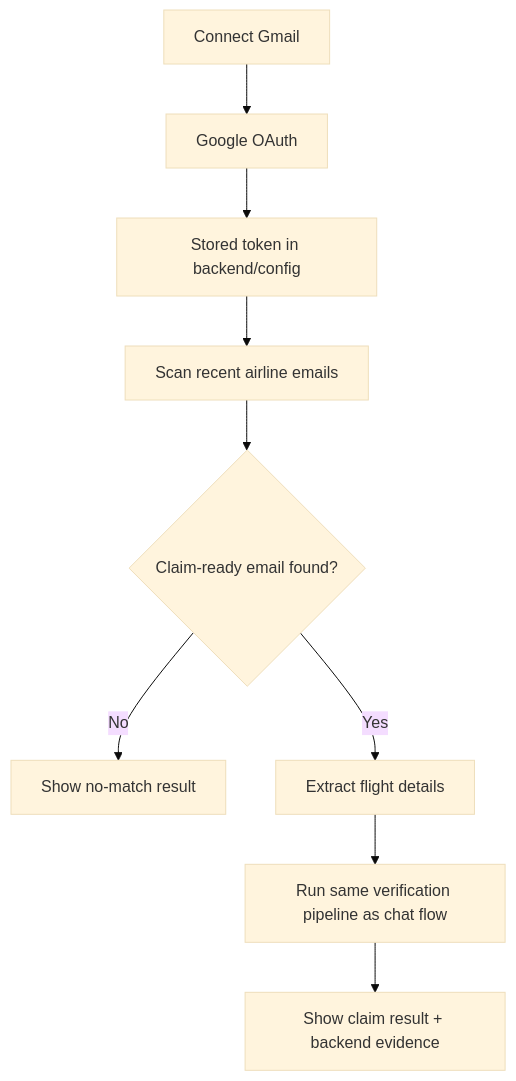
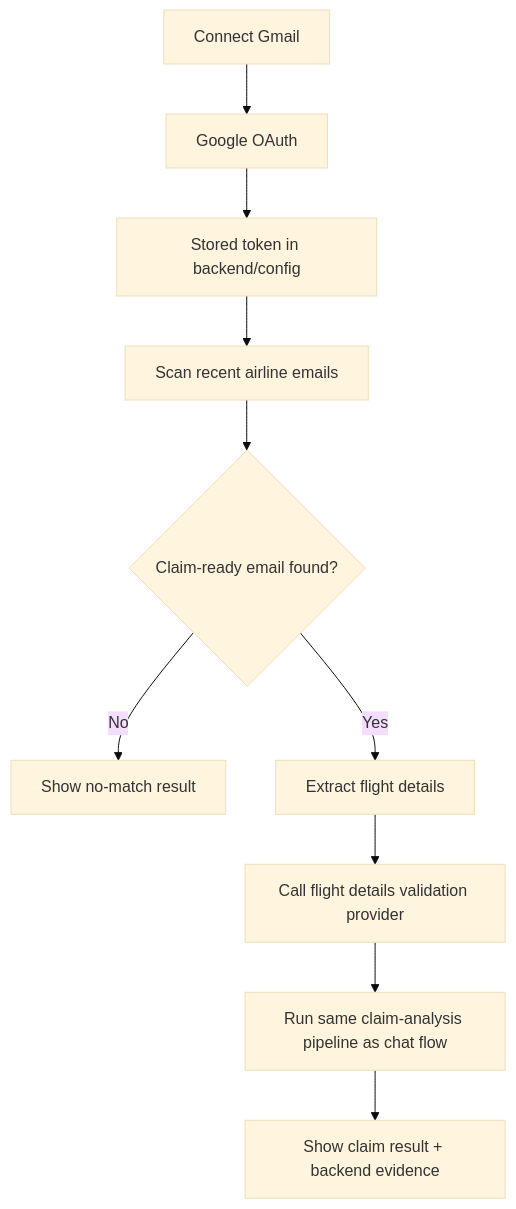
The fourth of 4 diagrams in README.md (entertainingrover01/Flight_Agent_V2), drawn with Mermaid (base theme) before and after one commit. The commit also changed other lines of this file, not shown here.

````diff
--- a/README.md
+++ b/README.md
@@ -100,11 +111,12 @@
 ```mermaid
 flowchart TD
     A["Connect Gmail"] --> B["Google OAuth"]
     B --> C["Stored token in backend/config"]
     C --> D["Scan recent airline emails"]
     D --> E{"Claim-ready email found?"}
     E -- No --> F["Show no-match result"]
     E -- Yes --> G["Extract flight details"]
-    G --> H["Run same verification pipeline as chat flow"]
-    H --> I["Show claim result + backend evidence"]
+    G --> H["Call flight details validation provider"]
+    H --> I["Run same claim-analysis pipeline as chat flow"]
+    I --> J["Show claim result + backend evidence"]
 ```
````
